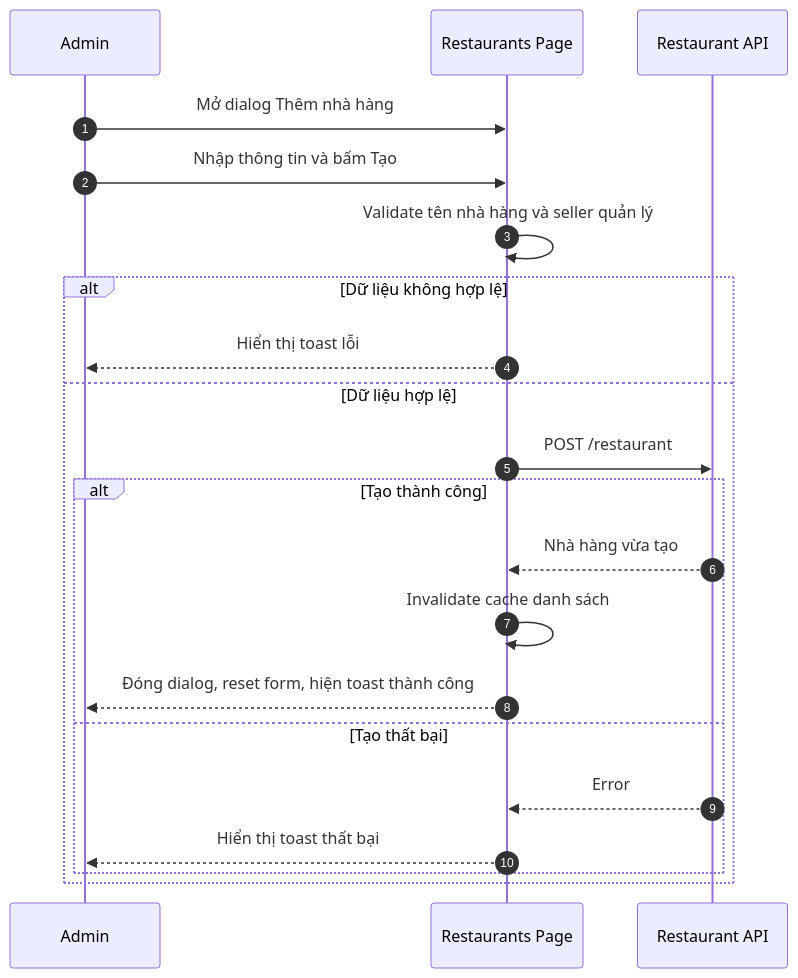
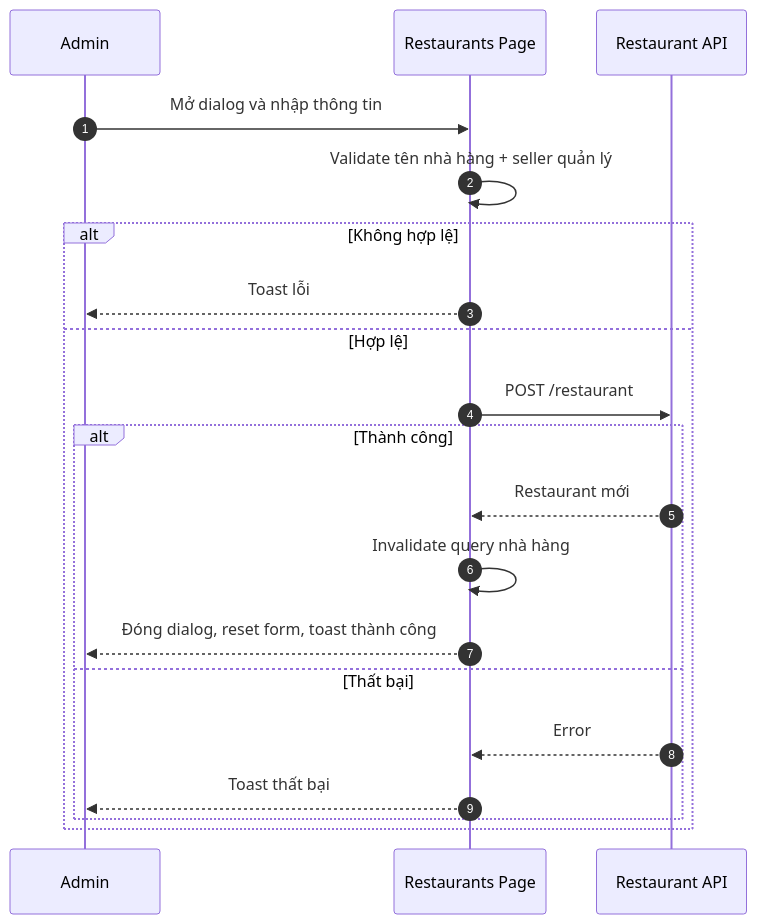
The tenth of 24 diagrams in docs/sequence/flow-admin.md (sangnp-s-organiztion/food-market-narrator), drawn with Mermaid before and after one commit. The commit also changed other lines of this file and 3 other files, not shown here.

Commit message:
cập nhật flow-admin

````diff
--- a/docs/sequence/flow-admin.md
+++ b/docs/sequence/flow-admin.md
@@ -218,24 +193,23 @@
 ```mermaid
 sequenceDiagram
     autonumber
     participant U as Admin
     participant FE as Restaurants Page
     participant RES as Restaurant API
 
-    U->>FE: Mở dialog Thêm nhà hàng
-    U->>FE: Nhập thông tin và bấm Tạo
-    FE->>FE: Validate tên nhà hàng và seller quản lý
-    alt Dữ liệu không hợp lệ
-        FE-->>U: Hiển thị toast lỗi
-    else Dữ liệu hợp lệ
+    U->>FE: Mở dialog và nhập thông tin
+    FE->>FE: Validate tên nhà hàng + seller quản lý
+    alt Không hợp lệ
+        FE-->>U: Toast lỗi
+    else Hợp lệ
         FE->>RES: POST /restaurant
-        alt Tạo thành công
-            RES-->>FE: Nhà hàng vừa tạo
-            FE->>FE: Invalidate cache danh sách
-            FE-->>U: Đóng dialog, reset form, hiện toast thành công
-        else Tạo thất bại
+        alt Thành công
+            RES-->>FE: Restaurant mới
+            FE->>FE: Invalidate query nhà hàng
+            FE-->>U: Đóng dialog, reset form, toast thành công
+        else Thất bại
             RES-->>FE: Error
-            FE-->>U: Hiển thị toast thất bại
+            FE-->>U: Toast thất bại
         end
     end
 ```
````
